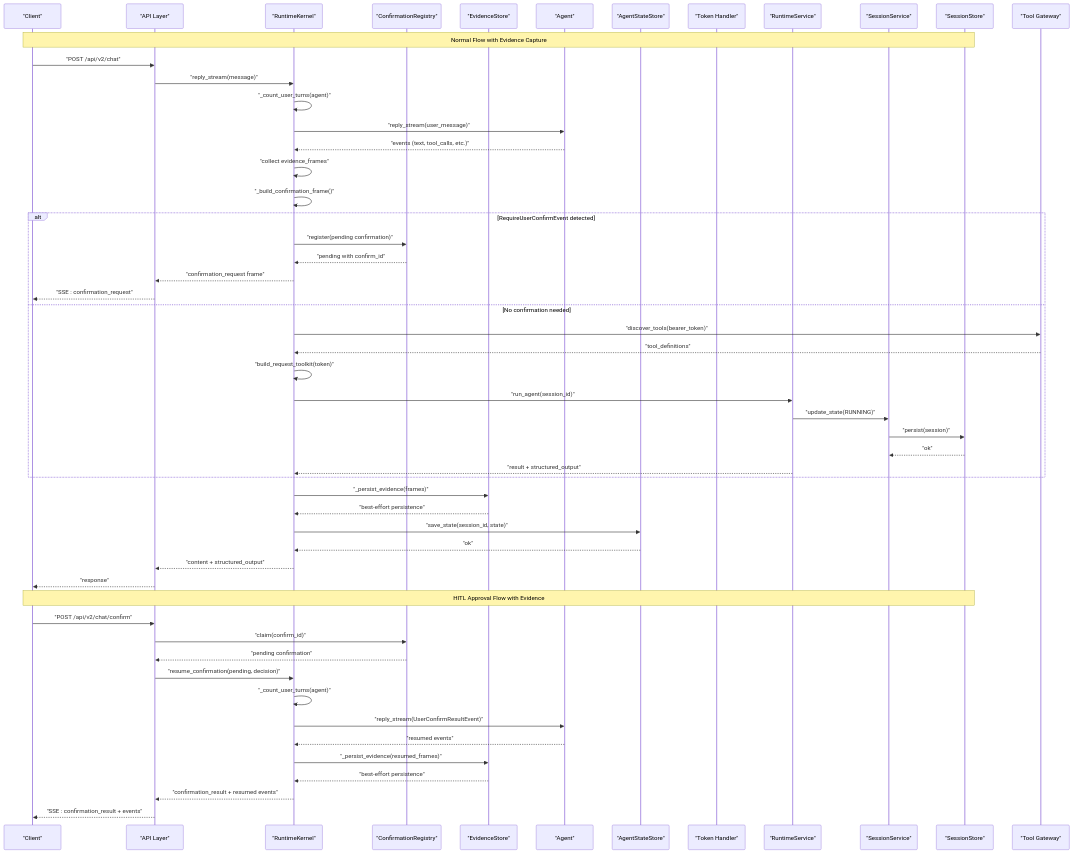
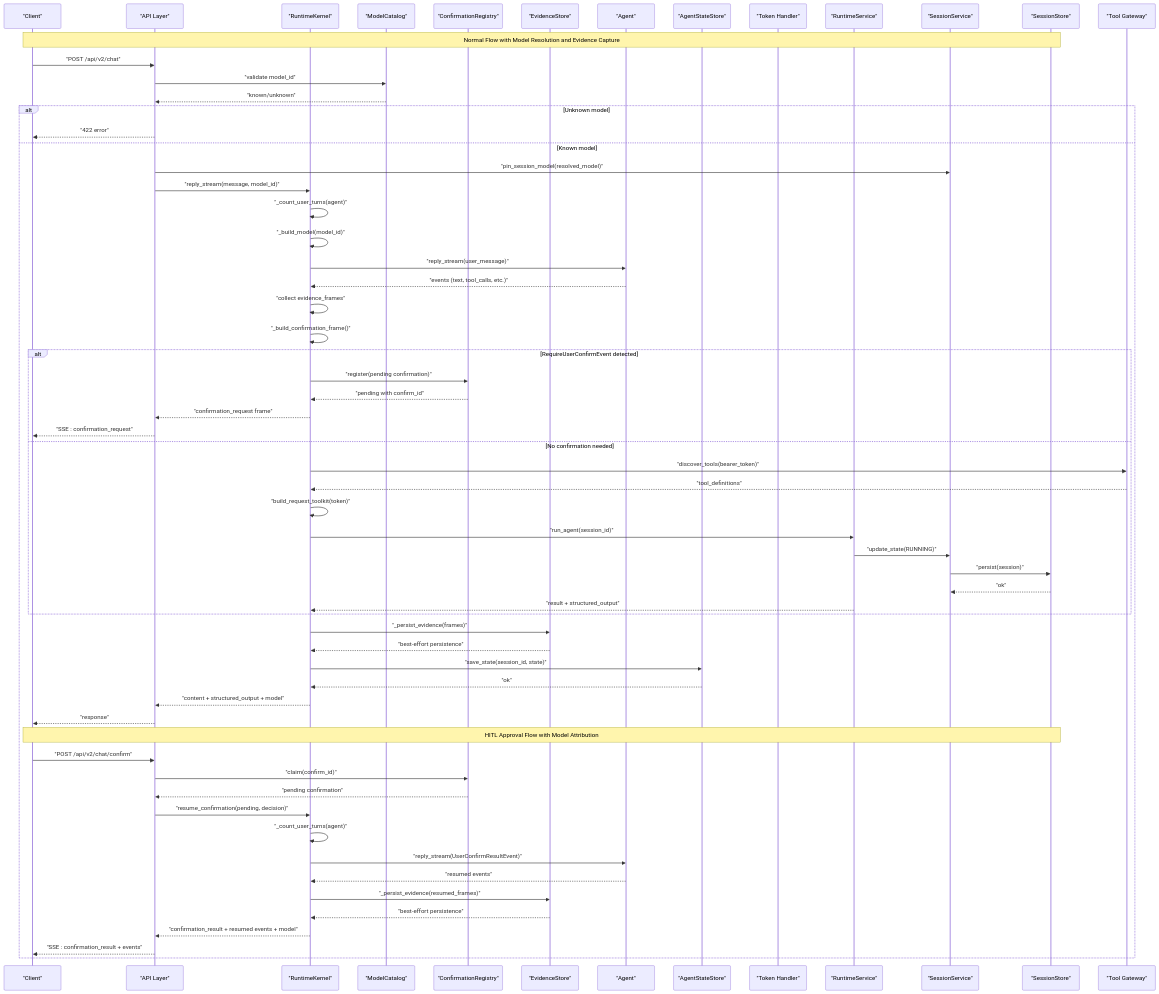
One commit to metasync/luban-aiops changed the second of 4 diagrams in .qoder/repowiki/en/content/Agent Platform Service/Runtime Kernel and Agent Lifecycle.md. Above: the diagram before and after it, drawn with Mermaid. The commit also changed other lines of this file and 24 other files, not shown here.

````diff
--- a/.qoder/repowiki/en/content/Agent Platform Service/Runtime Kernel and Agent Lifecycle.md
+++ b/.qoder/repowiki/en/content/Agent Platform Service/Runtime Kernel and Agent Lifecycle.md
@@ -166,56 +189,65 @@
 ```mermaid
 sequenceDiagram
 participant Client as "Client"
 participant API as "API Layer"
 participant Kernel as "RuntimeKernel"
+participant Catalog as "ModelCatalog"
 participant Registry as "ConfirmationRegistry"
 participant EvidenceStore as "EvidenceStore"
 participant Agent as "Agent"
 participant StateStore as "AgentStateStore"
 participant TokenHandler as "Token Handler"
 participant RSvc as "RuntimeService"
 participant SSvc as "SessionService"
 participant Store as "SessionStore"
 participant Gateway as "Tool Gateway"
-Note over Client,Store : Normal Flow with Evidence Capture
+Note over Client,Store : Normal Flow with Model Resolution and Evidence Capture
 Client->>API : "POST /api/v2/chat"
-API->>Kernel : "reply_stream(message)"
+API->>Catalog : "validate model_id"
+Catalog-->>API : "known/unknown"
+alt Unknown model
+API-->>Client : "422 error"
+else Known model
+API->>SSvc : "pin_session_model(resolved_model)"
+API->>Kernel : "reply_stream(message, model_id)"
 Kernel->>Kernel : "_count_user_turns(agent)"
+Kernel->>Kernel : "_build_model(model_id)"
 Kernel->>Agent : "reply_stream(user_message)"
 Agent-->>Kernel : "events (text, tool_calls, etc.)"
 Kernel->>Kernel : "collect evidence_frames"
 Kernel->>Kernel : "_build_confirmation_frame()"
 alt RequireUserConfirmEvent detected
 Kernel->>Registry : "register(pending confirmation)"
 Registry-->>Kernel : "pending with confirm_id"
 Kernel-->>API : "confirmation_request frame"
 API-->>Client : "SSE : confirmation_request"
 else No confirmation needed
 Kernel->>Gateway : "discover_tools(bearer_token)"
 Gateway-->>Kernel : "tool_definitions"
 Kernel->>Kernel : "build_request_toolkit(token)"
 Kernel->>RSvc : "run_agent(session_id)"
 RSvc->>SSvc : "update_state(RUNNING)"
 SSvc->>Store : "persist(session)"
 Store-->>SSvc : "ok"
 RSvc-->>Kernel : "result + structured_output"
 end
 Kernel->>EvidenceStore : "_persist_evidence(frames)"
 EvidenceStore-->>Kernel : "best-effort persistence"
 Kernel->>StateStore : "save_state(session_id, state)"
 StateStore-->>Kernel : "ok"
-Kernel-->>API : "content + structured_output"
+Kernel-->>API : "content + structured_output + model"
 API-->>Client : "response"
-Note over Client,Store : HITL Approval Flow with Evidence
+Note over Client,Store : HITL Approval Flow with Model Attribution
 Client->>API : "POST /api/v2/chat/confirm"
 API->>Registry : "claim(confirm_id)"
 Registry-->>API : "pending confirmation"
 API->>Kernel : "resume_confirmation(pending, decision)"
 Kernel->>Kernel : "_count_user_turns(agent)"
 Kernel->>Agent : "reply_stream(UserConfirmResultEvent)"
 Agent-->>Kernel : "resumed events"
 Kernel->>EvidenceStore : "_persist_evidence(resumed_frames)"
 EvidenceStore-->>Kernel : "best-effort persistence"
-Kernel-->>API : "confirmation_result + resumed events"
+Kernel-->>API : "confirmation_result + resumed events + model"
 API-->>Client : "SSE : confirmation_result + events"
+end
 ```
````
